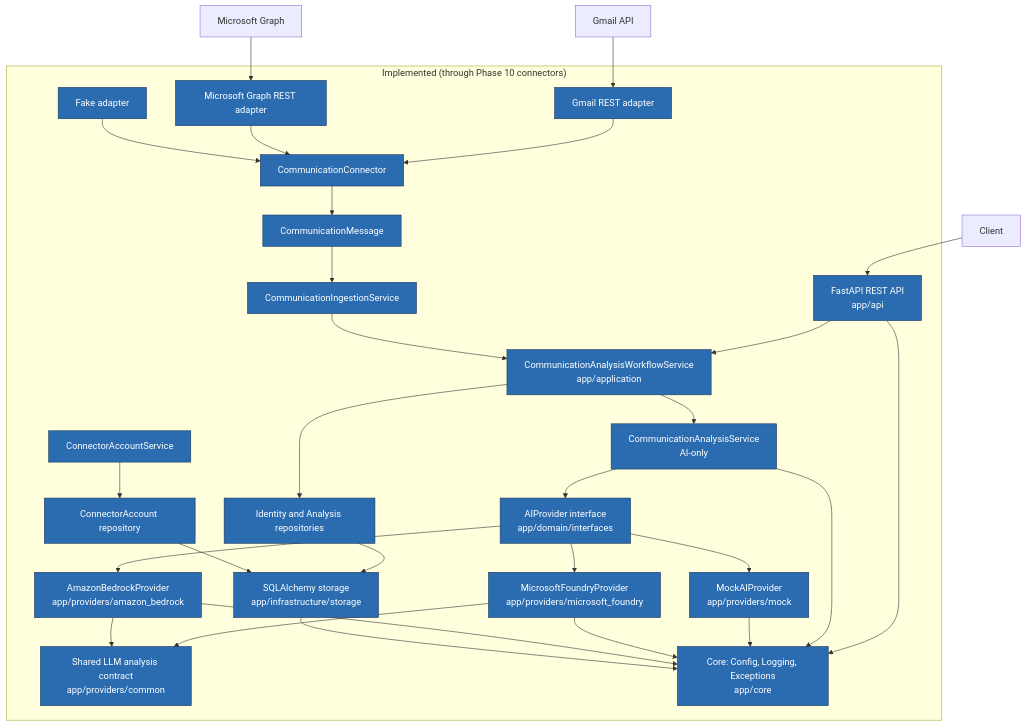
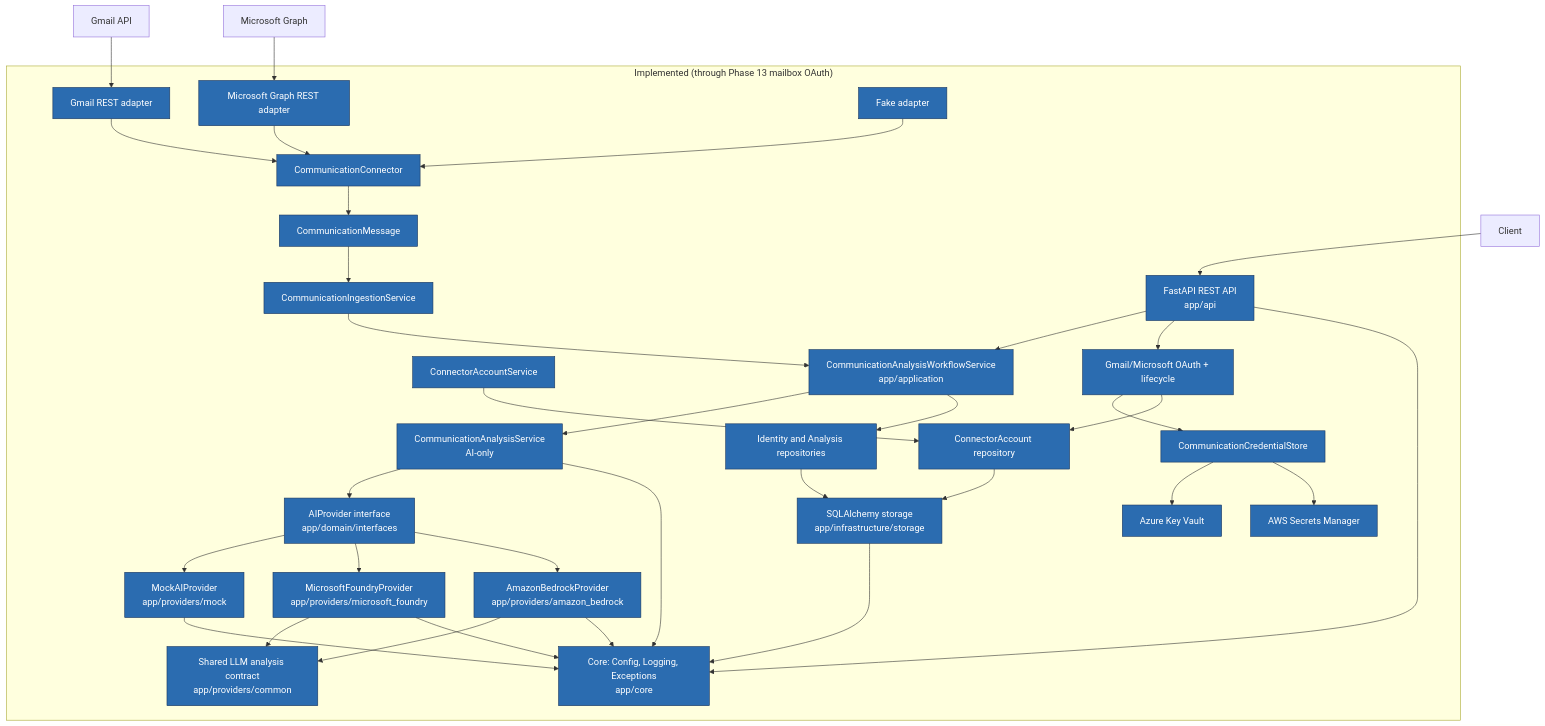
One commit to Susanta2025-lab/enterprise-communication-intelligence changed the diagram in docs/diagrams/architecture.mmd. Above: the diagram before and after it, drawn with Mermaid. The commit also changed 69 other files, not shown here.

Commit message:
feat: complete mailbox credential lifecycle

```diff
--- a/docs/diagrams/architecture.mmd
+++ b/docs/diagrams/architecture.mmd
@@ -1,58 +1,67 @@
 graph TB
     Client[Client]
     GmailAPI[Gmail API]
     GraphAPI[Microsoft Graph]
 
-    subgraph Implemented["Implemented (through Phase 10 connectors)"]
+    subgraph Implemented["Implemented (through Phase 13 mailbox OAuth)"]
         API["FastAPI REST API<br/>app/api"]
         Connector["CommunicationConnector"]
         GmailC["Gmail REST adapter"]
         GraphC["Microsoft Graph REST adapter"]
         FakeC["Fake adapter"]
         Message["CommunicationMessage"]
         Ingestion["CommunicationIngestionService"]
         AccountSvc["ConnectorAccountService"]
+        OAuthSvc["Gmail/Microsoft OAuth + lifecycle"]
+        Store["CommunicationCredentialStore"]
+        KV["Azure Key Vault"]
+        SM["AWS Secrets Manager"]
         Workflow["CommunicationAnalysisWorkflowService<br/>app/application"]
         App["CommunicationAnalysisService<br/>AI-only"]
         Iface["AIProvider interface<br/>app/domain/interfaces"]
         Mock["MockAIProvider<br/>app/providers/mock"]
         Foundry["MicrosoftFoundryProvider<br/>app/providers/microsoft_foundry"]
         Bedrock["AmazonBedrockProvider<br/>app/providers/amazon_bedrock"]
         Common["Shared LLM analysis contract<br/>app/providers/common"]
         Repos["Identity and Analysis repositories"]
         AccountRepos["ConnectorAccount repository"]
         Storage["SQLAlchemy storage<br/>app/infrastructure/storage"]
         Core["Core: Config, Logging, Exceptions<br/>app/core"]
     end
 
     Client --> API
     API --> Workflow
+    API --> OAuthSvc
+    OAuthSvc --> Store
+    Store --> KV
+    Store --> SM
+    OAuthSvc --> AccountRepos
     GmailAPI --> GmailC
     GraphAPI --> GraphC
     GmailC --> Connector
     GraphC --> Connector
     FakeC --> Connector
     Connector --> Message
     Message --> Ingestion
     Ingestion --> Workflow
     AccountSvc --> AccountRepos
     Workflow --> App
     App --> Iface
     Iface --> Mock
     Iface --> Foundry
     Iface --> Bedrock
     Foundry --> Common
     Bedrock --> Common
     Workflow --> Repos
     Repos --> Storage
     AccountRepos --> Storage
     API --> Core
     App --> Core
     Mock --> Core
     Foundry --> Core
     Bedrock --> Core
     Storage --> Core
 
     classDef implemented fill:#2b6cb0,color:#fff,stroke:#1a365d,stroke-width:1px
 
-    class API,Connector,GmailC,GraphC,FakeC,Message,Ingestion,AccountSvc,Workflow,App,Iface,Mock,Foundry,Bedrock,Common,Repos,AccountRepos,Storage,Core implemented
+    class API,Connector,GmailC,GraphC,FakeC,Message,Ingestion,AccountSvc,OAuthSvc,Store,KV,SM,Workflow,App,Iface,Mock,Foundry,Bedrock,Common,Repos,AccountRepos,Storage,Core implemented
```
